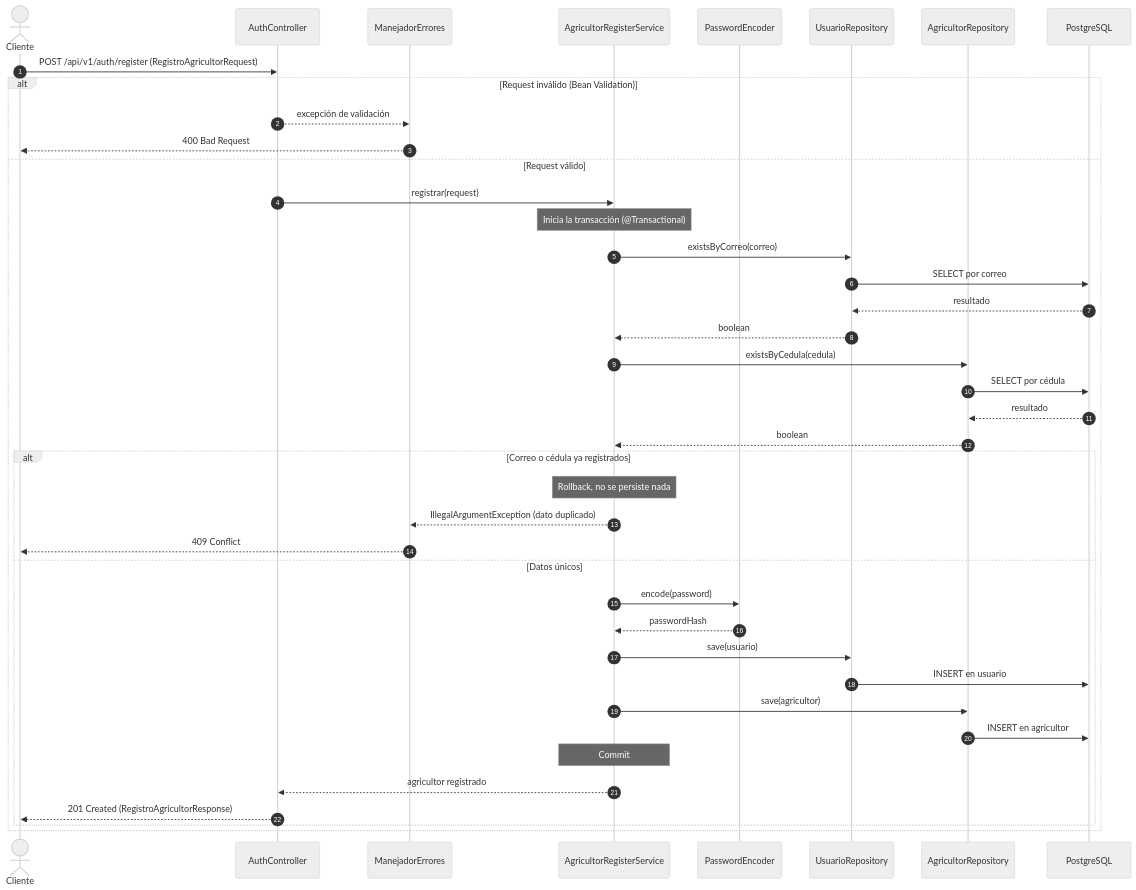
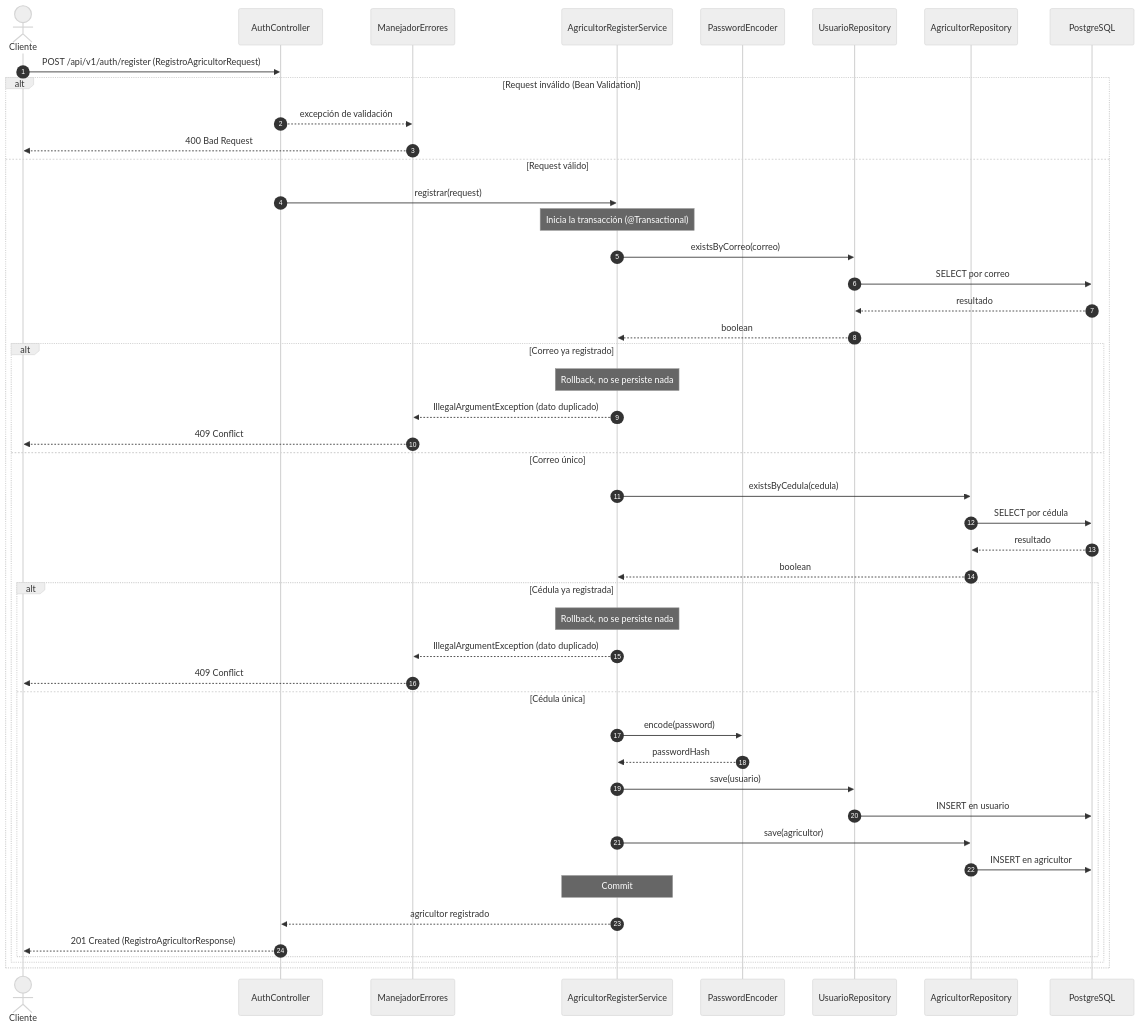
One commit to Angel-uniajc/AgrovalleConnect changed the first of 3 diagrams in docs/diseno/diagrama-secuencia.md. Above: the diagram before and after it, drawn with Mermaid (neutral theme). The commit also changed other lines of this file, not shown here.

Commit message:
Se actualizo el diagrama

````diff
--- a/docs/diseno/diagrama-secuencia.md
+++ b/docs/diseno/diagrama-secuencia.md
@@ -50,45 +50,50 @@
 ```mermaid
 sequenceDiagram
     autonumber
     actor Cliente
     participant C as AuthController
     participant E as ManejadorErrores
     participant S as AgricultorRegisterService
     participant PE as PasswordEncoder
     participant UR as UsuarioRepository
     participant AR as AgricultorRepository
     participant DB as PostgreSQL
 
     Cliente->>C: POST /api/v1/auth/register (RegistroAgricultorRequest)
     alt Request inválido (Bean Validation)
         C-->>E: excepción de validación
         E-->>Cliente: 400 Bad Request
     else Request válido
         C->>S: registrar(request)
         Note over S: Inicia la transacción (@Transactional)
         S->>UR: existsByCorreo(correo)
         UR->>DB: SELECT por correo
         DB-->>UR: resultado
         UR-->>S: boolean
-        S->>AR: existsByCedula(cedula)
-        AR->>DB: SELECT por cédula
-        DB-->>AR: resultado
-        AR-->>S: boolean
-        alt Correo o cédula ya registrados
+        alt Correo ya registrado
             Note over S: Rollback, no se persiste nada
             S-->>E: IllegalArgumentException (dato duplicado)
             E-->>Cliente: 409 Conflict
-        else Datos únicos
-            S->>PE: encode(password)
-            PE-->>S: passwordHash
-            S->>UR: save(usuario)
-            UR->>DB: INSERT en usuario
-            S->>AR: save(agricultor)
-            AR->>DB: INSERT en agricultor
-            Note over S: Commit
-            S-->>C: agricultor registrado
-            C-->>Cliente: 201 Created (RegistroAgricultorResponse)
+        else Correo único
+            S->>AR: existsByCedula(cedula)
+            AR->>DB: SELECT por cédula
+            DB-->>AR: resultado
+            AR-->>S: boolean
+            alt Cédula ya registrada
+                Note over S: Rollback, no se persiste nada
+                S-->>E: IllegalArgumentException (dato duplicado)
+                E-->>Cliente: 409 Conflict
+            else Cédula única
+                S->>PE: encode(password)
+                PE-->>S: passwordHash
+                S->>UR: save(usuario)
+                UR->>DB: INSERT en usuario
+                S->>AR: save(agricultor)
+                AR->>DB: INSERT en agricultor
+                Note over S: Commit
+                S-->>C: agricultor registrado
+                C-->>Cliente: 201 Created (RegistroAgricultorResponse)
+            end
         end
     end
-
 ```
````
